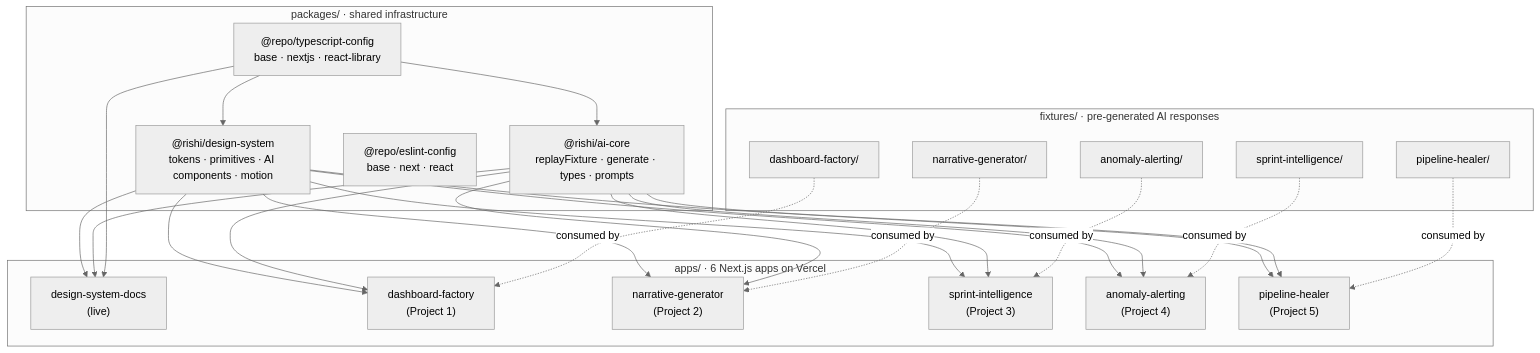
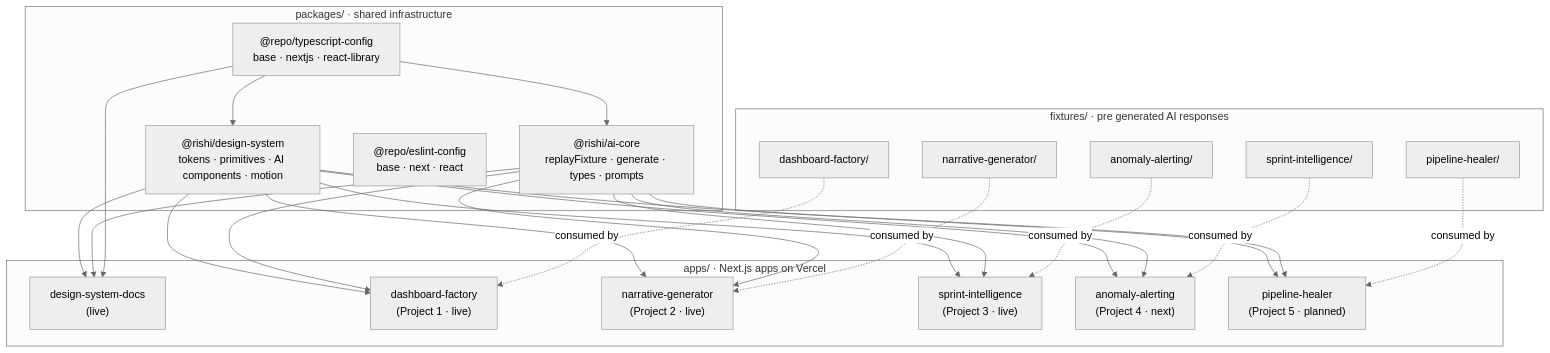
Before and after one commit to rishigundla/ai-portfolio: the diagram in README.md, drawn with Mermaid (neutral theme). The commit also changed other lines of this file, not shown here.

First line of the commit message:
docs: restyle README to lead with live and upcoming project demos

````diff
--- a/README.md
+++ b/README.md
@@ -35,50 +116,50 @@
 ```mermaid
 flowchart TB
     subgraph packages["packages/ · shared infrastructure"]
         DS["@rishi/design-system<br/>tokens · primitives · AI components · motion"]
         AI["@rishi/ai-core<br/>replayFixture · generate · types · prompts"]
         TS["@repo/typescript-config<br/>base · nextjs · react-library"]
         EL["@repo/eslint-config<br/>base · next · react"]
     end
 
-    subgraph apps["apps/ · 6 Next.js apps on Vercel"]
+    subgraph apps["apps/ · Next.js apps on Vercel"]
         DSD["design-system-docs<br/>(live)"]
-        P1["dashboard-factory<br/>(Project 1)"]
-        P2["narrative-generator<br/>(Project 2)"]
-        P3["sprint-intelligence<br/>(Project 3)"]
-        P4["anomaly-alerting<br/>(Project 4)"]
-        P5["pipeline-healer<br/>(Project 5)"]
+        P1["dashboard-factory<br/>(Project 1 · live)"]
+        P2["narrative-generator<br/>(Project 2 · live)"]
+        P3["sprint-intelligence<br/>(Project 3 · live)"]
+        P4["anomaly-alerting<br/>(Project 4 · next)"]
+        P5["pipeline-healer<br/>(Project 5 · planned)"]
     end
 
-    subgraph data["fixtures/ · pre-generated AI responses"]
+    subgraph data["fixtures/ · pre generated AI responses"]
         F1["dashboard-factory/"]
         F2["narrative-generator/"]
         F3["anomaly-alerting/"]
         F4["sprint-intelligence/"]
         F5["pipeline-healer/"]
     end
 
     DS --> DSD
     DS --> P1
     DS --> P2
     DS --> P3
     DS --> P4
     DS --> P5
 
     AI --> DSD
     AI --> P1
     AI --> P2
     AI --> P3
     AI --> P4
     AI --> P5
 
     TS --> DS
     TS --> AI
     TS --> DSD
 
     F1 -.consumed by.-> P1
     F2 -.consumed by.-> P2
     F3 -.consumed by.-> P3
     F4 -.consumed by.-> P4
     F5 -.consumed by.-> P5
 ```
````
